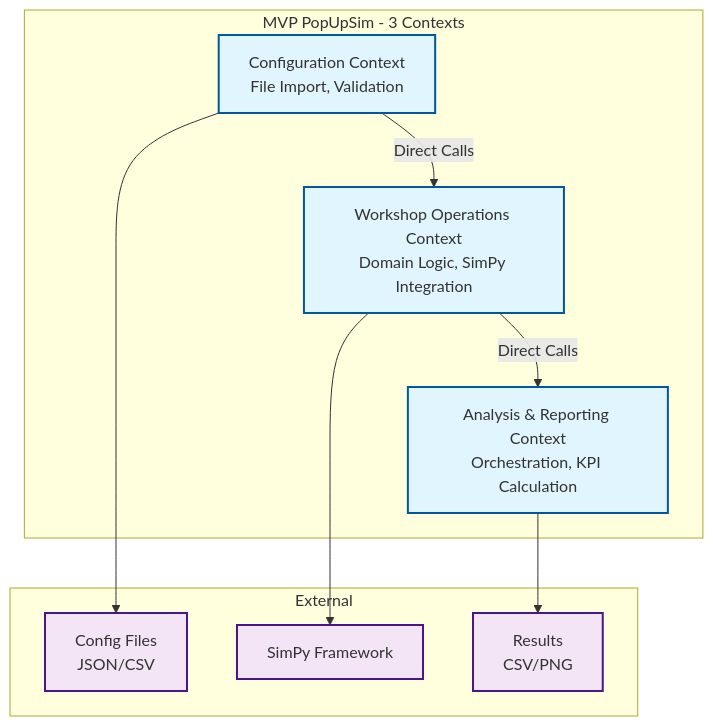
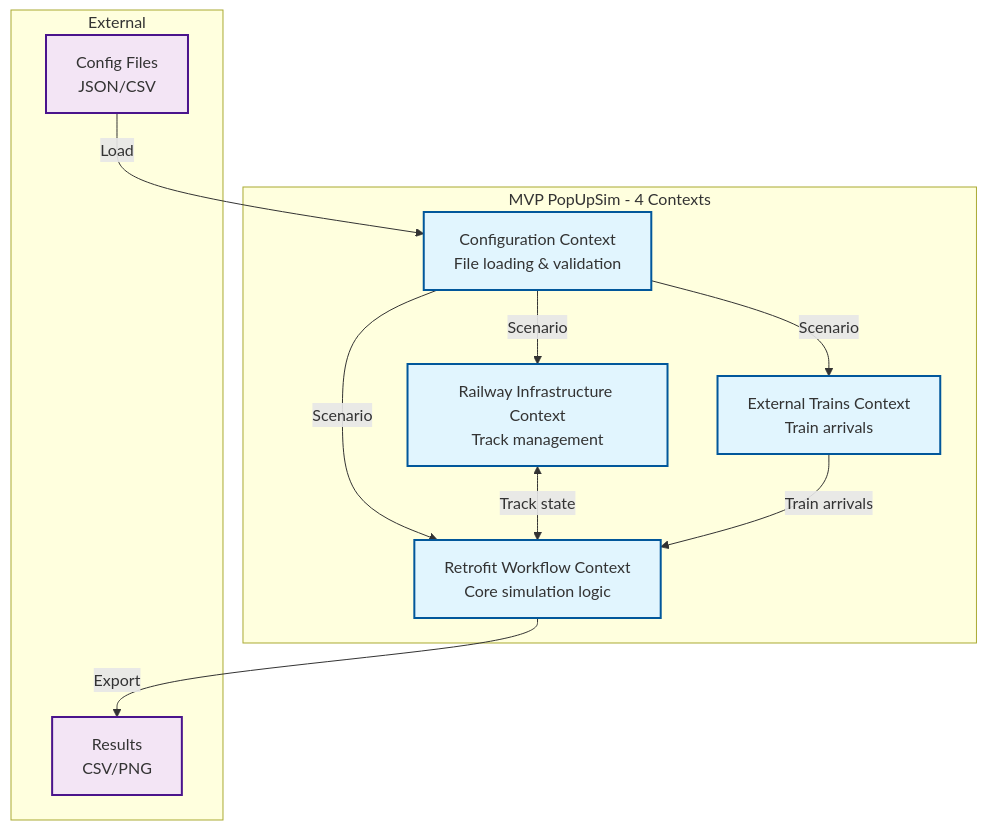
Before and after one commit to OpenRailAssociation/dac-migration-dss-popupsim: the diagram in docs/mvp/development/02-mvp-contexts.md, drawn with Mermaid. The commit also changed other lines of this file and 197 other files, not shown here.

````diff
--- a/docs/mvp/development/02-mvp-contexts.md
+++ b/docs/mvp/development/02-mvp-contexts.md
@@ -9,27 +9,28 @@
 ```mermaid
 graph TB
-    subgraph "MVP PopUpSim - 3 Contexts"
-        CC[Configuration Context<br/>File Import, Validation]
-        SDC[Workshop Operations Context<br/>Domain Logic, SimPy Integration]
-        SCC[Analysis & Reporting Context<br/>Orchestration, KPI Calculation]
+    subgraph "MVP PopUpSim - 4 Contexts"
+        CFG[Configuration Context<br/>File loading & validation]
+        RWF[Retrofit Workflow Context<br/>Core simulation logic]
+        RLY[Railway Infrastructure Context<br/>Track management]
+        EXT[External Trains Context<br/>Train arrivals]
     end
-
+    
     subgraph "External"
         Files[Config Files<br/>JSON/CSV]
-        SimPy[SimPy Framework]
         Output[Results<br/>CSV/PNG]
     end
-
-    CC --> Files
-    SDC --> SimPy
-    SCC --> Output
-
-    CC -->|Direct Calls| SDC
-    SDC -->|Direct Calls| SCC
-
+    
+    Files -->|Load| CFG
+    CFG -->|Scenario| RWF
+    CFG -->|Scenario| RLY
+    CFG -->|Scenario| EXT
+    RLY <-->|Track state| RWF
+    EXT -->|Train arrivals| RWF
+    RWF -->|Export| Output
+    
     classDef context fill:#e1f5fe,stroke:#01579b,stroke-width:2px
     classDef external fill:#f3e5f5,stroke:#4a148c,stroke-width:2px
-
-    class CC,SDC,SCC context
-    class Files,SimPy,Output external
+    
+    class CFG,RWF,RLY,EXT context
+    class Files,Output external
 ```
````
